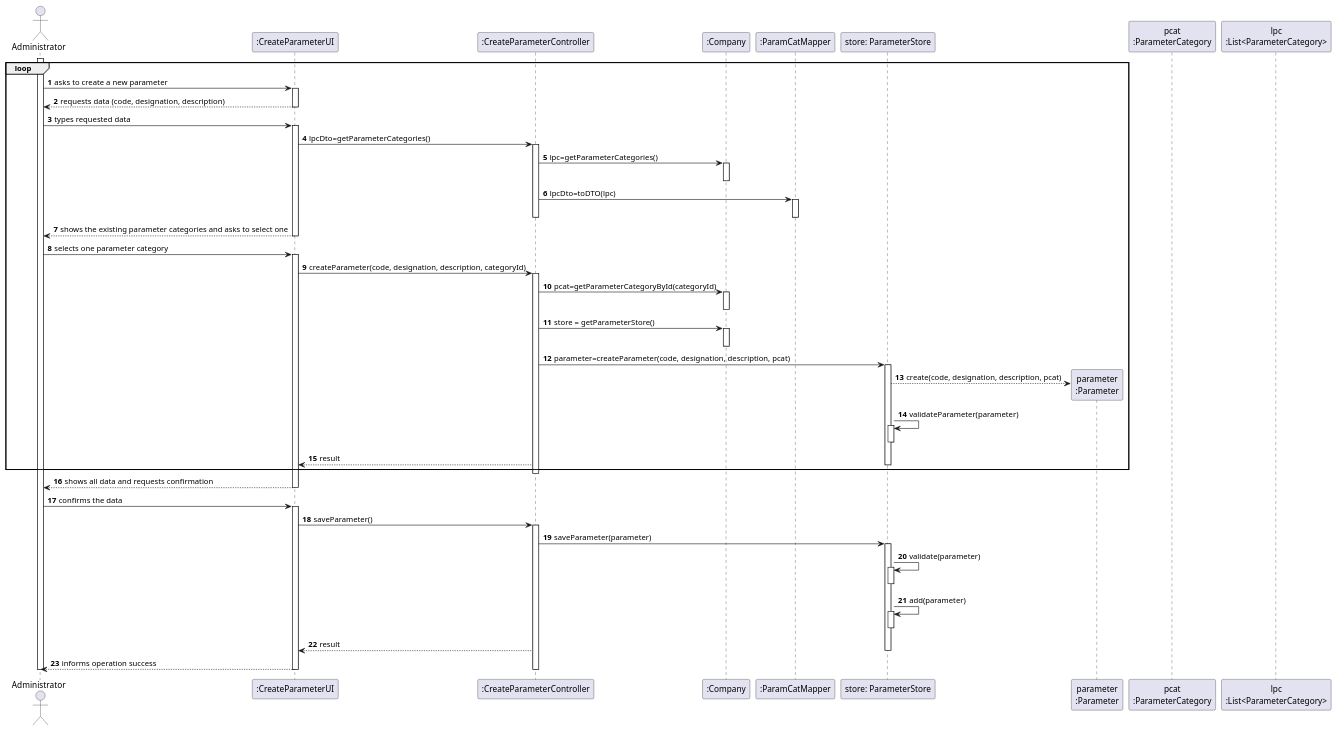
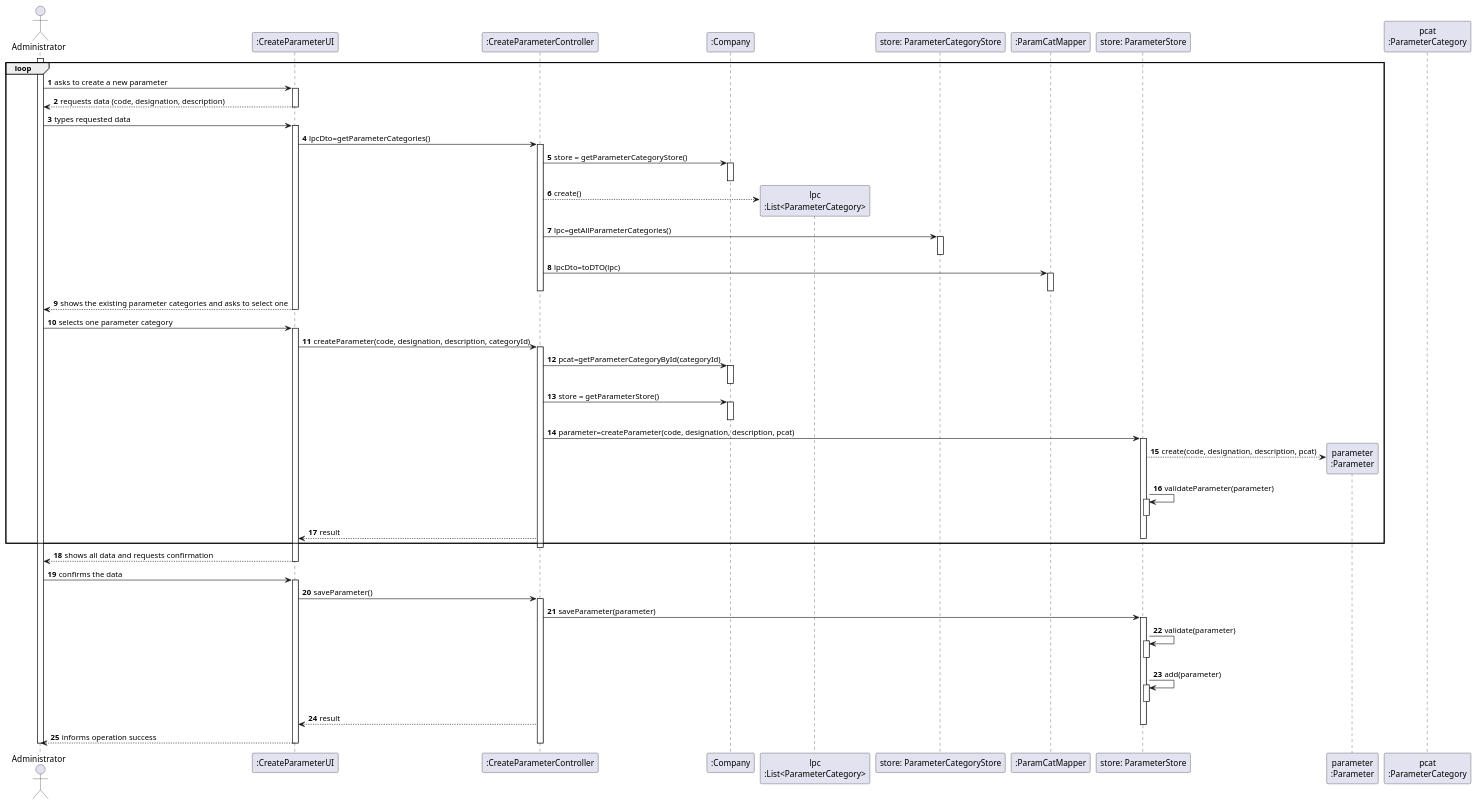
The diagram in docs/SprintB/US10/US10-SD.puml (0franciscor/lei-21-s2-1de-g19), drawn with PlantUML before and after one commit. The commit also changed 5 other files, not shown here.

Commit message:
acréscimo da Parameter Category Store no SD e CD US10

```diff
--- a/docs/SprintB/US10/US10-SD.puml
+++ b/docs/SprintB/US10/US10-SD.puml
@@ -1,100 +1,108 @@
 @startuml
 'https://plantuml.com/sequence-diagram
 
 autonumber
 'hide footbox
 actor "Administrator" as ADM
 
 participant ":CreateParameterUI" as CPUI
 participant ":CreateParameterController" as CPC
 participant ":Company" as COMP
+participant "lpc\n:List<ParameterCategory>" as LIST_CAT
+participant "store: ParameterCategoryStore" as PCS
 participant ":ParamCatMapper" as PCM
 participant "store: ParameterStore" as PS
 participant "parameter\n:Parameter" as PARAM
 participant "pcat\n:ParameterCategory" as CAT
-participant "lpc\n:List<ParameterCategory>" as LIST_CAT
 
 loop
 activate ADM
 ADM -> CPUI : asks to create a new parameter
 activate CPUI
 CPUI --> ADM : requests data (code, designation, description)
 deactivate CPUI
 
 ADM -> CPUI : types requested data
 activate CPUI
 
 CPUI -> CPC : lpcDto=getParameterCategories()
 activate CPC
 
-CPC -> COMP : lpc=getParameterCategories()
+CPC -> COMP : store = getParameterCategoryStore()
 activate COMP
 deactivate COMP
+
+CPC --> LIST_CAT** : create()
+
+CPC -> PCS : lpc=getAllParameterCategories()
+activate PCS
+deactivate PCS
+
 
 CPC -> PCM : lpcDto=toDTO(lpc)
 activate PCM
 deactivate PCM
 
 deactivate CPC
 
 CPUI --> ADM : shows the existing parameter categories and asks to select one
 deactivate COMP
 deactivate CPUI
 
 ADM -> CPUI : selects one parameter category
 activate CPUI
 
 CPUI -> CPC : createParameter(code, designation, description, categoryId)
 activate CPC
 
 CPC -> COMP : pcat=getParameterCategoryById(categoryId)
 activate COMP
 deactivate COMP
 
 CPC -> COMP: store = getParameterStore()
 activate COMP
 deactivate COMP
 
 CPC -> PS: parameter=createParameter(code, designation, description, pcat)
 activate PS
 
 PS --> PARAM**: create(code, designation, description, pcat)
 PS -> PS: validateParameter(parameter)
 activate PS
 deactivate PS
 
 CPC --> CPUI: result
 deactivate PS
 end
 deactivate CPC
 CPUI --> ADM: shows all data and requests confirmation
 
 
 deactivate CPUI
 
 ADM -> CPUI : confirms the data
 activate CPUI
 CPUI -> CPC : saveParameter()
 activate CPC
 
 CPC -> PS : saveParameter(parameter)
 activate PS
 
 PS -> PS: validate(parameter)
 activate PS
 deactivate PS
 PS -> PS: add(parameter)
 activate PS
 deactivate PS
 
 
 CPC --> CPUI: result
 deactivate PS
 CPUI --> ADM : informs operation success
 
 deactivate CPC
 deactivate CPUI
 
 deactivate ADM
 
 @enduml
```
